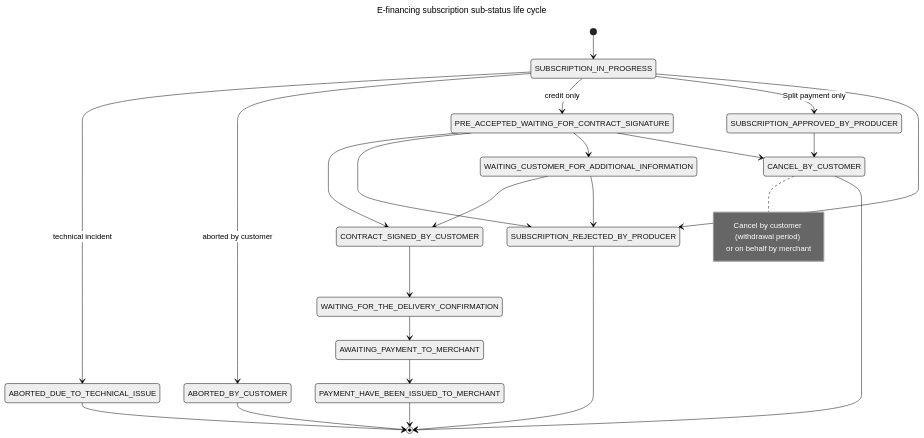
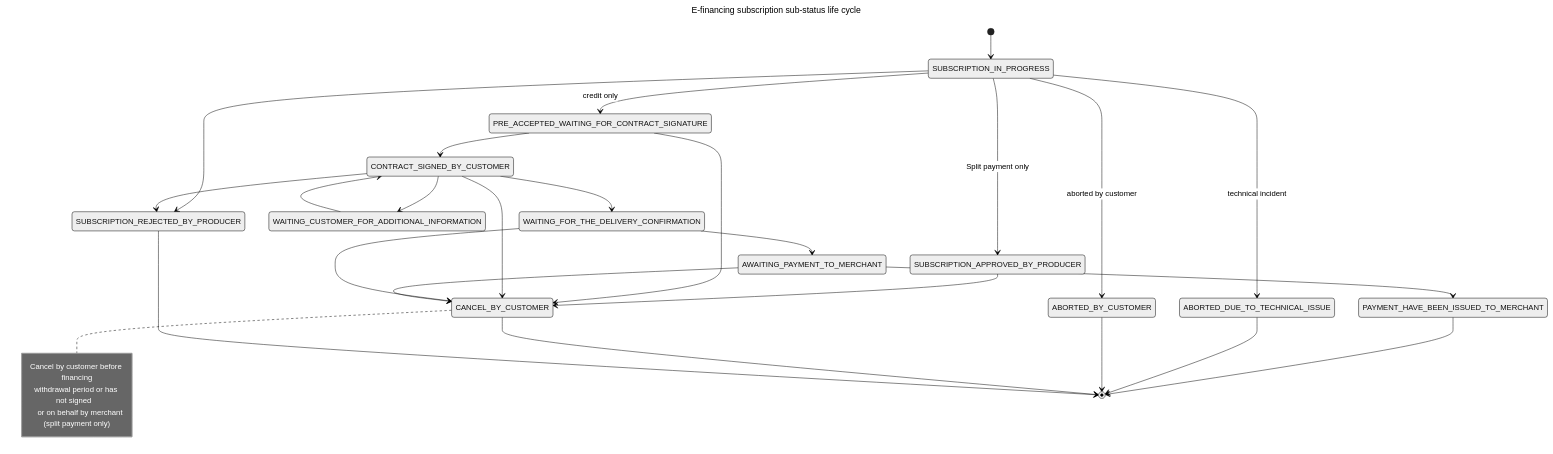
Before and after one commit to scalexpert/documentation: the second of 2 diagrams in solutions-reference/credit/e-financing-status-life-cycle.md, drawn with Mermaid (neutral theme).

Commit message:
GITBOOK-667: No subject

````diff
--- a/solutions-reference/credit/e-financing-status-life-cycle.md
+++ b/solutions-reference/credit/e-financing-status-life-cycle.md
@@ -69,39 +69,43 @@
 ```mermaid fullWidth="true"
 ---
 title: E-financing subscription sub-status life cycle
 ---
 stateDiagram-v2
     [*] --> SUBSCRIPTION_IN_PROGRESS
 
     SUBSCRIPTION_IN_PROGRESS --> ABORTED_DUE_TO_TECHNICAL_ISSUE: technical incident
     SUBSCRIPTION_IN_PROGRESS --> ABORTED_BY_CUSTOMER: aborted by customer
     SUBSCRIPTION_IN_PROGRESS --> PRE_ACCEPTED_WAITING_FOR_CONTRACT_SIGNATURE: credit only
     SUBSCRIPTION_IN_PROGRESS  --> SUBSCRIPTION_APPROVED_BY_PRODUCER: Split payment only
     SUBSCRIPTION_IN_PROGRESS  --> SUBSCRIPTION_REJECTED_BY_PRODUCER
 
     SUBSCRIPTION_APPROVED_BY_PRODUCER --> CANCEL_BY_CUSTOMER
     note right of CANCEL_BY_CUSTOMER
-    Cancel by customer (withdrawal period) 
-    or on behalf by merchant
+    Cancel by customer before financing
+    withdrawal period or has not signed   
+    or on behalf by merchant (split payment only)
     end note
 
     PRE_ACCEPTED_WAITING_FOR_CONTRACT_SIGNATURE --> CONTRACT_SIGNED_BY_CUSTOMER
-    PRE_ACCEPTED_WAITING_FOR_CONTRACT_SIGNATURE --> SUBSCRIPTION_REJECTED_BY_PRODUCER
-    PRE_ACCEPTED_WAITING_FOR_CONTRACT_SIGNATURE --> WAITING_CUSTOMER_FOR_ADDITIONAL_INFORMATION
     PRE_ACCEPTED_WAITING_FOR_CONTRACT_SIGNATURE --> CANCEL_BY_CUSTOMER
 
     WAITING_CUSTOMER_FOR_ADDITIONAL_INFORMATION --> CONTRACT_SIGNED_BY_CUSTOMER
-    WAITING_CUSTOMER_FOR_ADDITIONAL_INFORMATION --> SUBSCRIPTION_REJECTED_BY_PRODUCER
     
+    CONTRACT_SIGNED_BY_CUSTOMER --> WAITING_CUSTOMER_FOR_ADDITIONAL_INFORMATION 
+    CONTRACT_SIGNED_BY_CUSTOMER --> WAITING_FOR_THE_DELIVERY_CONFIRMATION
+    CONTRACT_SIGNED_BY_CUSTOMER --> CANCEL_BY_CUSTOMER
+    CONTRACT_SIGNED_BY_CUSTOMER --> SUBSCRIPTION_REJECTED_BY_PRODUCER
 
-    CONTRACT_SIGNED_BY_CUSTOMER --> WAITING_FOR_THE_DELIVERY_CONFIRMATION
     WAITING_FOR_THE_DELIVERY_CONFIRMATION --> AWAITING_PAYMENT_TO_MERCHANT
+    WAITING_FOR_THE_DELIVERY_CONFIRMATION --> CANCEL_BY_CUSTOMER
+
     AWAITING_PAYMENT_TO_MERCHANT  --> PAYMENT_HAVE_BEEN_ISSUED_TO_MERCHANT
+    AWAITING_PAYMENT_TO_MERCHANT  --> CANCEL_BY_CUSTOMER
 
+    PAYMENT_HAVE_BEEN_ISSUED_TO_MERCHANT --> [*]
     ABORTED_DUE_TO_TECHNICAL_ISSUE --> [*]
     ABORTED_BY_CUSTOMER --> [*]
     CANCEL_BY_CUSTOMER --> [*]
-    PAYMENT_HAVE_BEEN_ISSUED_TO_MERCHANT --> [*]
     SUBSCRIPTION_REJECTED_BY_PRODUCER --> [*]
 
 ```
````
